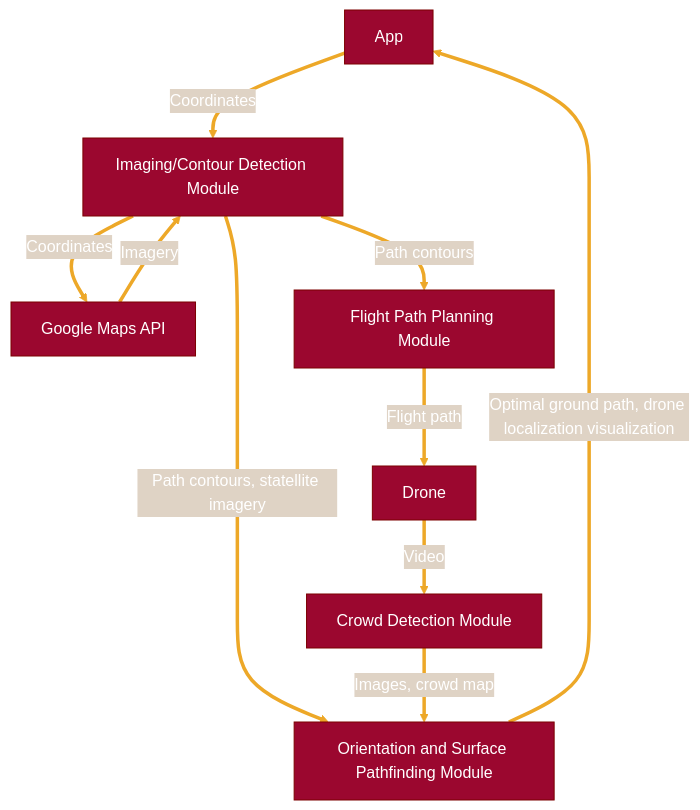
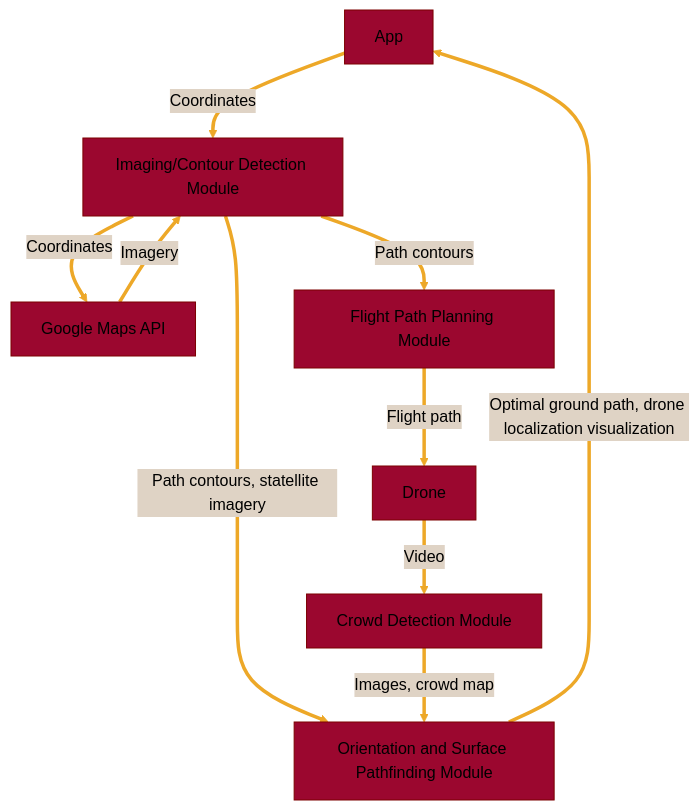
Before and after one commit to maximuskiii/TartanHacks2024: the diagram in README.md, drawn with Mermaid.

Commit message:
testing themes

````diff
--- a/README.md
+++ b/README.md
@@ -3,26 +3,26 @@
 ```mermaid
 %%{
     init: {
         'theme': 'base',
         'themeVariables': {
             'primaryColor': '#9b072f',
-            'primaryTextColor': '#fff',
+            'primaryTextColor': '#000',
             'primaryBorderColor': '#7C0000',
             'lineColor': '#eda828',
             'secondaryColor': '#dfd3c5',
             'secondaryTextColor': '#00000',
             'tertiaryColor': '#000000'
         }
     }
 }%%
 flowchart TB
     A[App] ==>|Coordinates| B[Imaging/Contour Detection Module];
     B ==>|Coordinates| C[Google Maps API];
     C ==>|Imagery| B
     B ==>|Path contours| D[Flight Path Planning Module]
     B ==>|Path contours, statellite imagery| E[Orientation and Surface Pathfinding Module]
     D ==>|Flight path| F[Drone]
     F ==>|Video| G[Crowd Detection Module]
     G ==>|Images, crowd map| E
     E ==>|Optimal ground path, drone localization visualization| A
 ```
````
